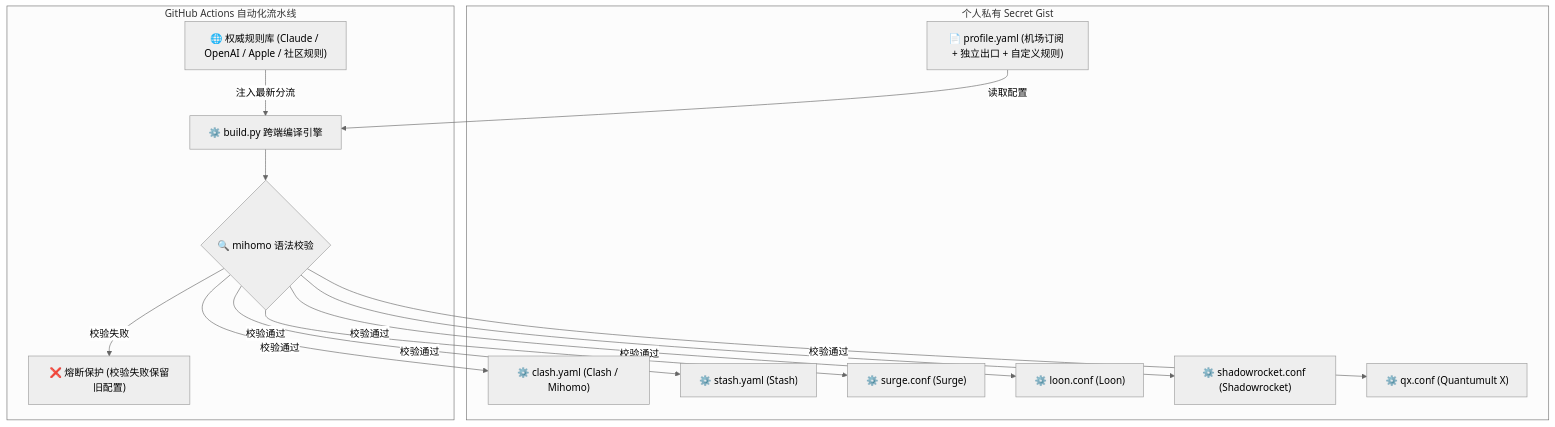
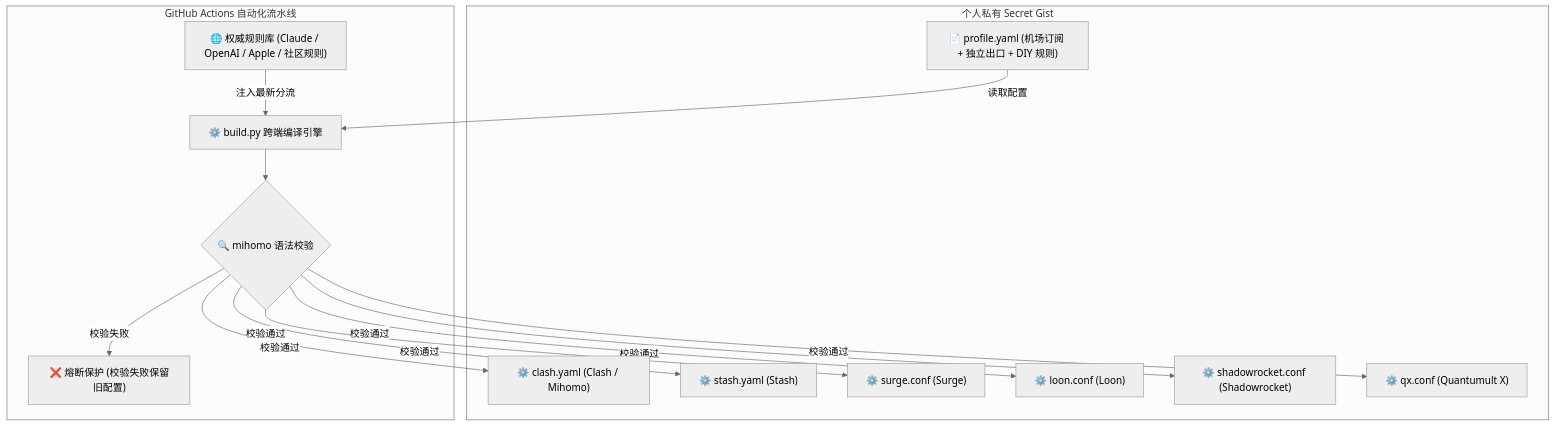
The diagram in README.md (Weicoz/claude-citadel), drawn with Mermaid (neutral theme) before and after one commit. The commit also changed other lines of this file and 5 other files, not shown here.

````diff
--- a/README.md
+++ b/README.md
@@ -32,30 +35,30 @@
 ```mermaid
 flowchart TD
     subgraph GIST ["个人私有 Secret Gist"]
-        IN["📄 profile.yaml (机场订阅 + 独立出口 + 自定义规则)"]
+        IN["📄 profile.yaml (机场订阅 + 独立出口 + DIY 规则)"]
         OUT1["⚙️ clash.yaml (Clash / Mihomo)"]
         OUT2["⚙️ stash.yaml (Stash)"]
         OUT3["⚙️ surge.conf (Surge)"]
         OUT4["⚙️ loon.conf (Loon)"]
         OUT5["⚙️ shadowrocket.conf (Shadowrocket)"]
         OUT6["⚙️ qx.conf (Quantumult X)"]
     end
 
     subgraph ACTIONS ["GitHub Actions 自动化流水线"]
         UP["🌐 权威规则库 (Claude / OpenAI / Apple / 社区规则)"]
         ACT["⚙️ build.py 跨端编译引擎"]
         VAL{"🔍 mihomo 语法校验"}
         ERR["❌ 熔断保护 (校验失败保留旧配置)"]
     end
 
     IN -->|读取配置| ACT
     UP -->|注入最新分流| ACT
     ACT --> VAL
     VAL -->|校验通过| OUT1
     VAL -->|校验通过| OUT2
     VAL -->|校验通过| OUT3
     VAL -->|校验通过| OUT4
     VAL -->|校验通过| OUT5
     VAL -->|校验通过| OUT6
     VAL -->|校验失败| ERR
 ```
````
